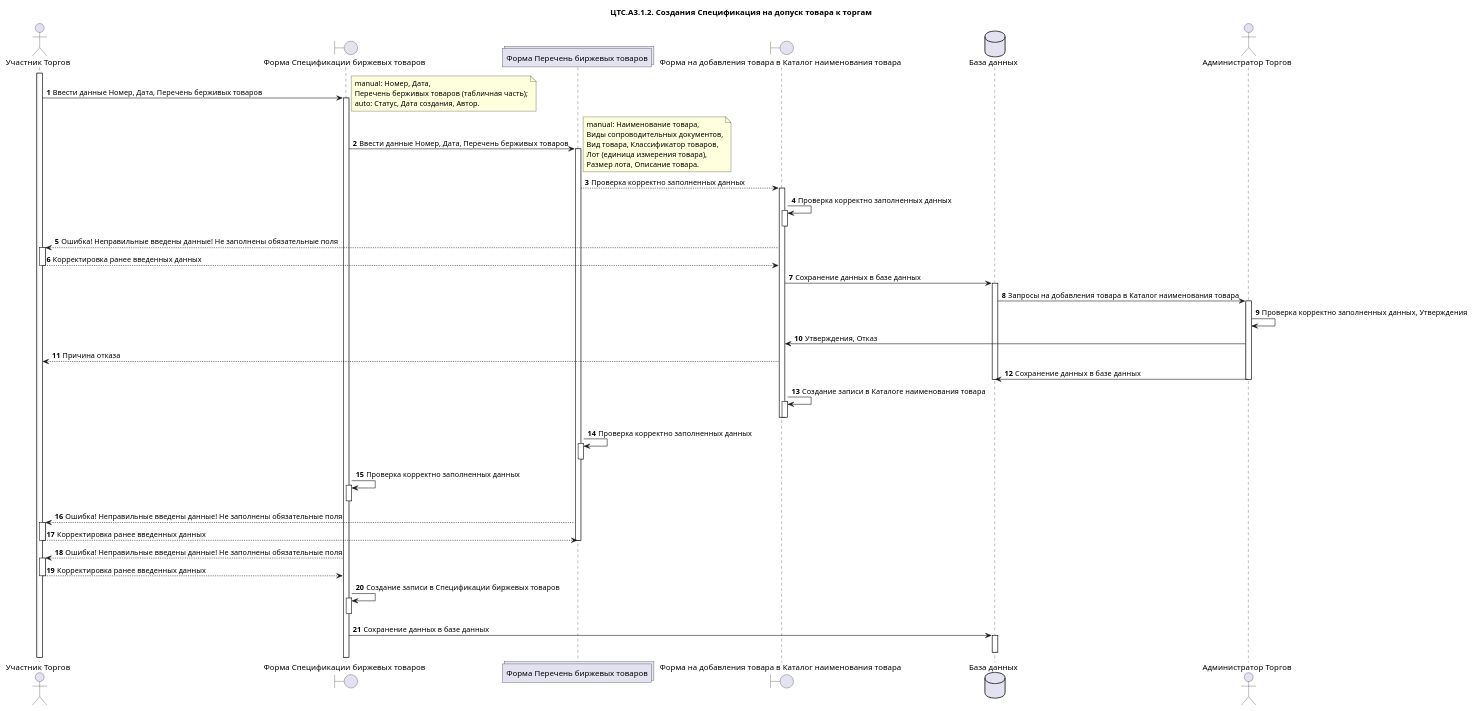
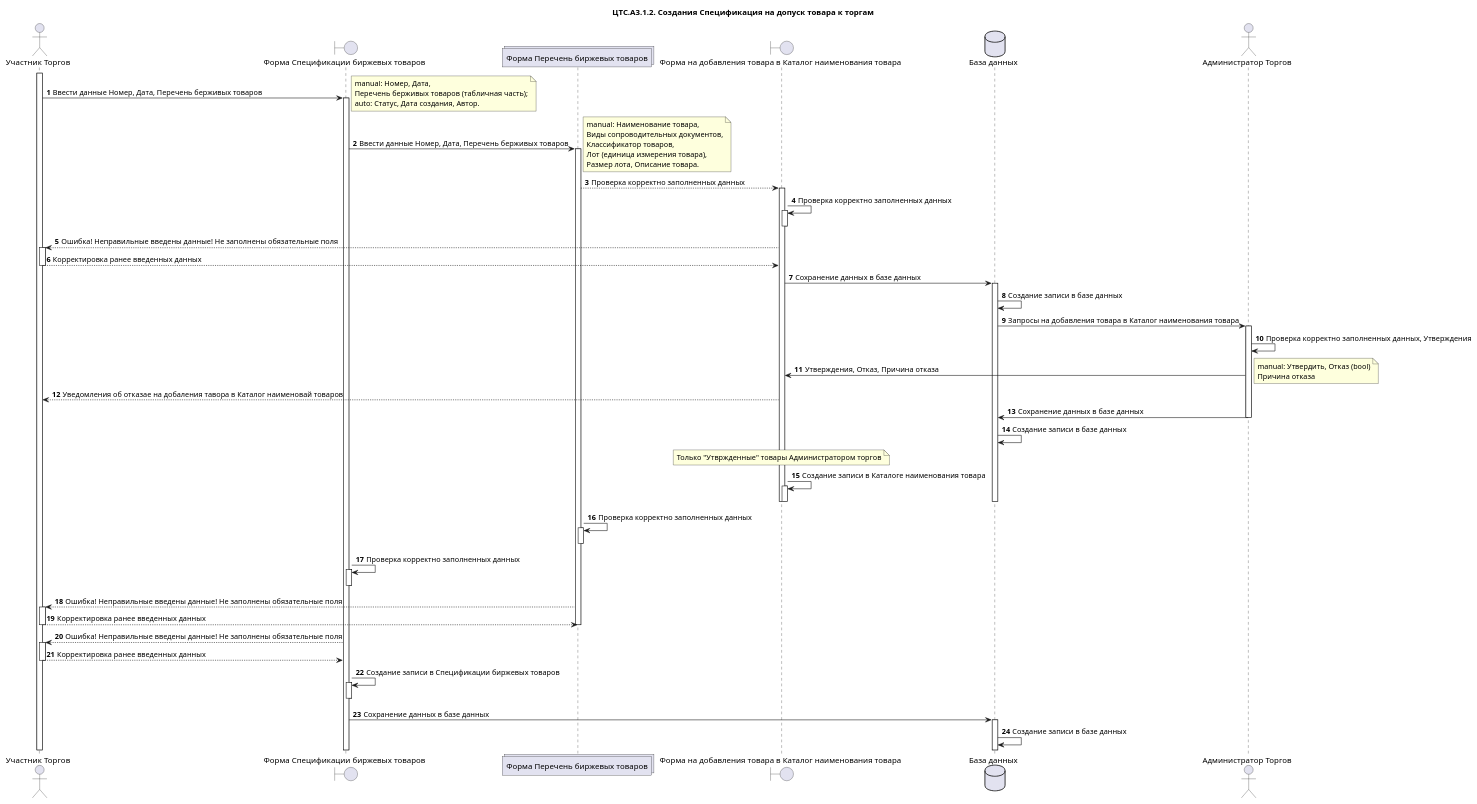
The diagram in Project solutions/ЦТС.А3.1.2.Спецификация на допуск товара к торгам.wsd (moaxmoaxpxrf4jag/CTS.Documentation), drawn with PlantUML before and after one commit.

Commit message:
new v2.3

```diff
--- a/Project solutions/ЦТС.А3.1.2.Спецификация на допуск товара к торгам.wsd
+++ b/Project solutions/ЦТС.А3.1.2.Спецификация на допуск товара к торгам.wsd
@@ -1,86 +1,93 @@
 @startuml "ЦТС.А3.1 Допуск товара к торгам"
 title "ЦТС.А3.1.2. Создания Спецификация на допуск товара к торгам"
 actor "Участник Торгов" as User
 boundary "Форма Спецификации биржевых товаров" as Specifications
 collections "Форма Перечень биржевых товаров" as SpecificationCommodities
 boundary "Форма на добавления товара в Каталог наименования товара" as CommoditiesNames
 database "База данных" as Database
 actor "Администратор Торгов" as User_CTS
 
 autonumber
 activate User
 User -> Specifications: Ввести данные Номер, Дата, Перечень берживых товаров
 note right
     manual: Номер, Дата,
     Перечень берживых товаров (табличная часть);
     auto: Статус, Дата создания, Автор.
 end note
 /'Форма Спецификации биржевых товаров'/
 activate Specifications
 Specifications -> SpecificationCommodities : Ввести данные Номер, Дата, Перечень берживых товаров
 note right
     manual: Наименование товара, 
     Виды сопроводительных документов,
-    Вид товара, Классификатор товаров, 
+    Классификатор товаров, 
     Лот (единица измерения товара),
     Размер лота, Описание товара.
 end note
 /'Перечень биржевых товаров'/
 activate SpecificationCommodities
 SpecificationCommodities --> CommoditiesNames: Проверка корректно заполненных данных
     /'Форма на добавления товара в Каталог наименования товара'/
     activate CommoditiesNames
     /'Проверка корректно заполненных данных Каталог наименования товара->Участник Торгов'/
     CommoditiesNames -> CommoditiesNames: Проверка корректно заполненных данных
     activate CommoditiesNames
     deactivate CommoditiesNames
     CommoditiesNames --> User: Ошибка! Неправильные введены данные! Не заполнены обязательные поля
     activate User
     /'Ошибка и т.д. в Каталог наименования товара->Участник Торгов'/
     User-->CommoditiesNames: Корректировка ранее введенных данных
     deactivate User 
     CommoditiesNames->Database: Сохранение данных в базе данных
     activate Database
+        Database->Database: Создание записи в базе данных
         Database->User_CTS: Запросы на добавления товара в Каталог наименования товара 
         /'Администратор Торгов'/
         activate User_CTS
         User_CTS->User_CTS: Проверка корректно заполненных данных, Утверждения 
-        User_CTS->CommoditiesNames: Утверждения, Отказ
-        CommoditiesNames-->User: Причина отказа
-        User_CTS->Database: Сохранение данных в базе данных
+        User_CTS->CommoditiesNames: Утверждения, Отказ, Причина отказа
+        note right
+            manual: Утвердить, Отказ (bool)
+            Причина отказа
+        end note
+        CommoditiesNames-->User: Уведомления об отказае на добаления тавора в Каталог наименовай товаров
+        User_CTS->Database: Сохранение данных в базе данных      
         deactivate User_CTS
-        deactivate Database
+        Database->Database: Создание записи в базе данных 
+        note over CommoditiesNames : Только "Утвржденные" товары Администратором торгов     
         CommoditiesNames->CommoditiesNames: Cоздание записи в Каталоге наименования товара
-        activate CommoditiesNames
-        deactivate CommoditiesNames      
+        activate CommoditiesNames  
+        deactivate CommoditiesNames  
+        deactivate Database    
     deactivate CommoditiesNames
 /'Ошибка и т.д. в Каталог наименования товара->Спецификации биржевых товаров'/
 SpecificationCommodities -> SpecificationCommodities: Проверка корректно заполненных данных
 activate SpecificationCommodities
 deactivate SpecificationCommodities
 /'Проверка корректно заполненных данных Спецификации биржевых товаров->Участник Торгов'/
 Specifications -> Specifications: Проверка корректно заполненных данных
 activate Specifications
 deactivate Specifications
 /'Ошибка и т.д. в Перечень биржевых товаров->Участник Торгов'/
 SpecificationCommodities --> User: Ошибка! Неправильные введены данные! Не заполнены обязательные поля
 activate User
 /'Корректировка ранее введенных данных Участник Торгов->Спецификации биржевых товаров'/
 User-->SpecificationCommodities: Корректировка ранее введенных данных
 deactivate User
 deactivate SpecificationCommodities
 /'Ошибка и т.д. в Спецификации биржевых товаров->Участник Торгов'/
 Specifications --> User: Ошибка! Неправильные введены данные! Не заполнены обязательные поля
 activate User
 /'Корректировка ранее введенных данных Участник Торгов->Спецификации биржевых товаров'/
 User-->Specifications: Корректировка ранее введенных данных
 deactivate User
 /'Cоздание записи в Спецификации биржевых товаров'/
 Specifications->Specifications: Cоздание записи в Спецификации биржевых товаров
 activate Specifications
 deactivate Specifications
 /'Сохранение данных в базе данных'/
 Specifications ->Database: Сохранение данных в базе данных
 activate Database
-deactivate Database
+Database->Database: Создание записи в базе данных
 @enduml
```
